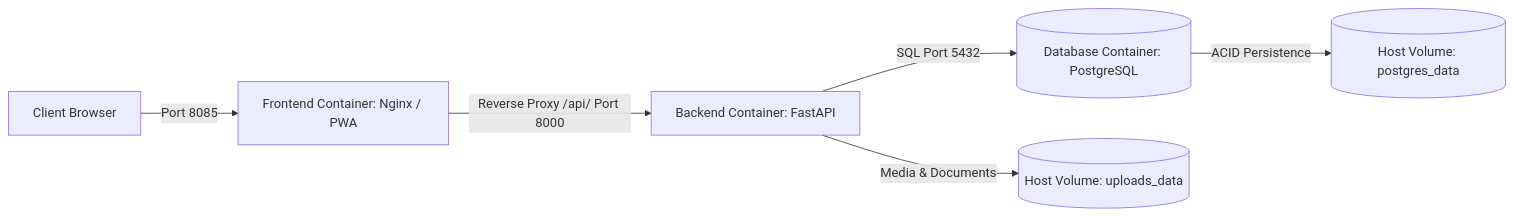
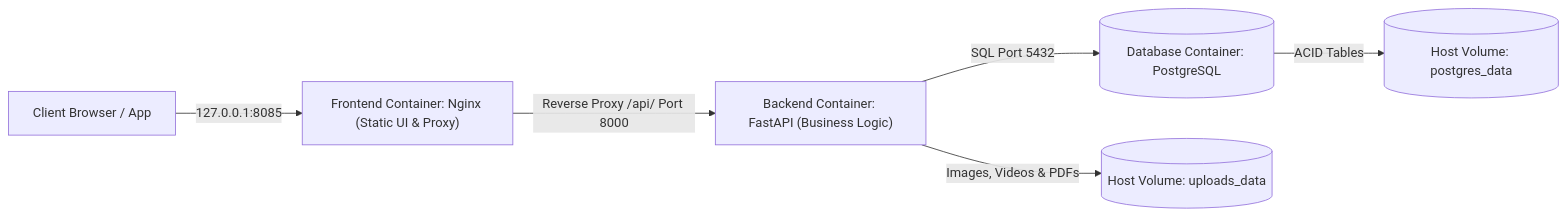
The second of 4 diagrams in content/posts/upa-campus-app-architecture-part-2/index.en.md (Pascal-Thommen/pascal-thommen.github.io), drawn with Mermaid before and after one commit. The commit also changed other lines of this file and 20 other files, not shown here.

Commit message:
feat(posts): refine UPA Campus App architecture series with holistic webapp mental model and specification depth

````diff
--- a/content/posts/upa-campus-app-architecture-part-2/index.en.md
+++ b/content/posts/upa-campus-app-architecture-part-2/index.en.md
@@ -64,8 +62,8 @@
 ```mermaid
 flowchart LR
-    Browser["Client Browser"] -->|Port 8085| Nginx["Frontend Container: Nginx / PWA"]
-    Nginx -->|Reverse Proxy /api/ Port 8000| FastAPI["Backend Container: FastAPI"]
+    Browser["Client Browser / App"] -->|127.0.0.1:8085| Nginx["Frontend Container: Nginx (Static UI & Proxy)"]
+    Nginx -->|Reverse Proxy /api/ Port 8000| FastAPI["Backend Container: FastAPI (Business Logic)"]
     FastAPI -->|SQL Port 5432| Postgres[("Database Container: PostgreSQL")]
-    Postgres -->|ACID Persistence| VolPG[("Host Volume: postgres_data")]
-    FastAPI -->|Media & Documents| VolUpload[("Host Volume: uploads_data")]
+    Postgres -->|ACID Tables| VolPG[("Host Volume: postgres_data")]
+    FastAPI -->|Images, Videos & PDFs| VolUpload[("Host Volume: uploads_data")]
 ```
````
